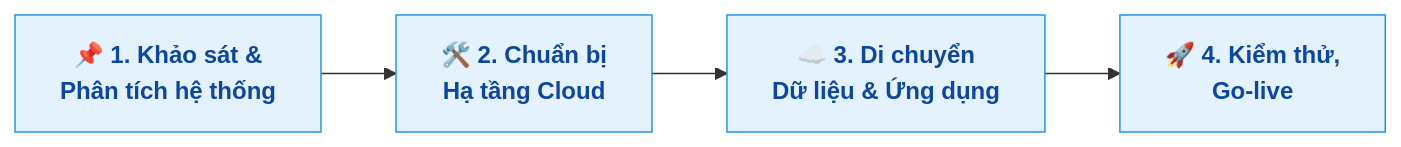
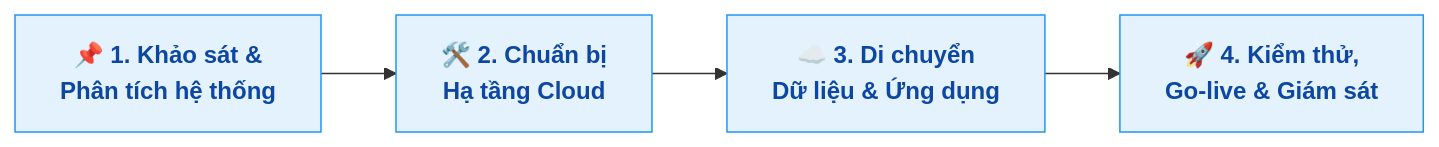
One commit to quangkhoi1228/cloud-solution-agents changed the second of 2 diagrams in backend/workspace/2025_07_di_chuyen_he_thong_len_fpt_smart_cloud/final_proposal.md. Above: the diagram before and after it, drawn with Mermaid. The commit also changed other lines of this file and 25 other files, not shown here.

````diff
--- a/backend/workspace/2025_07_di_chuyen_he_thong_len_fpt_smart_cloud/final_proposal.md
+++ b/backend/workspace/2025_07_di_chuyen_he_thong_len_fpt_smart_cloud/final_proposal.md
@@ -49,13 +37,13 @@
 ```mermaid
-flowchart LR
-A[📌 1. Khảo sát &<br>Phân tích hệ thống]
-B[🛠️ 2. Chuẩn bị<br>Hạ tầng Cloud]
-C[☁️ 3. Di chuyển<br>Dữ liệu & Ứng dụng]
-D[🚀 4. Kiểm thử,<br>Go-live]
+    flowchart LR
+    A[📌 1. Khảo sát &<br>Phân tích hệ thống]
+    B[🛠️ 2. Chuẩn bị<br>Hạ tầng Cloud]
+    C[☁️ 3. Di chuyển<br>Dữ liệu & Ứng dụng]
+    D[🚀 4. Kiểm thử,<br>Go-live & Giám sát]
 
-A --> B --> C --> D
+    A --> B --> C --> D
 
-%% Styling
-classDef phase fill:#e3f2fd,stroke:#2196f3,color:#0d47a1,font-weight:bold;
-class A,B,C,D phase;
+    %% Styling
+    classDef phase fill:#e3f2fd,stroke:#2196f3,color:#0d47a1,font-weight:bold;
+    class A,B,C,D phase;
 ```
````
